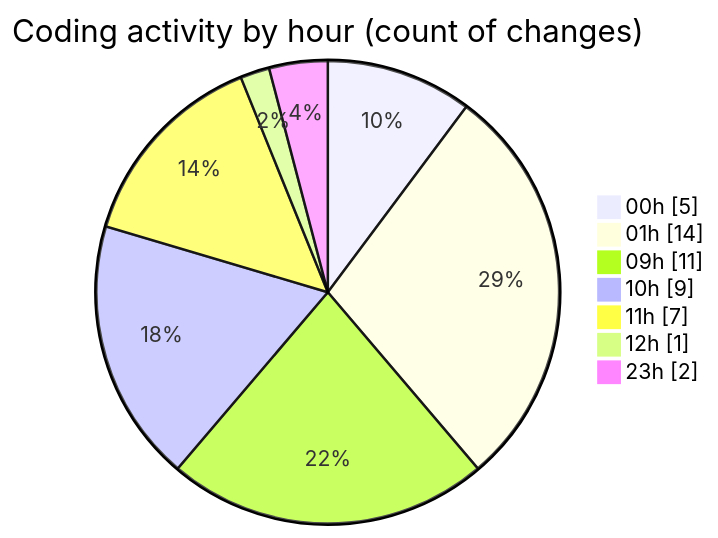
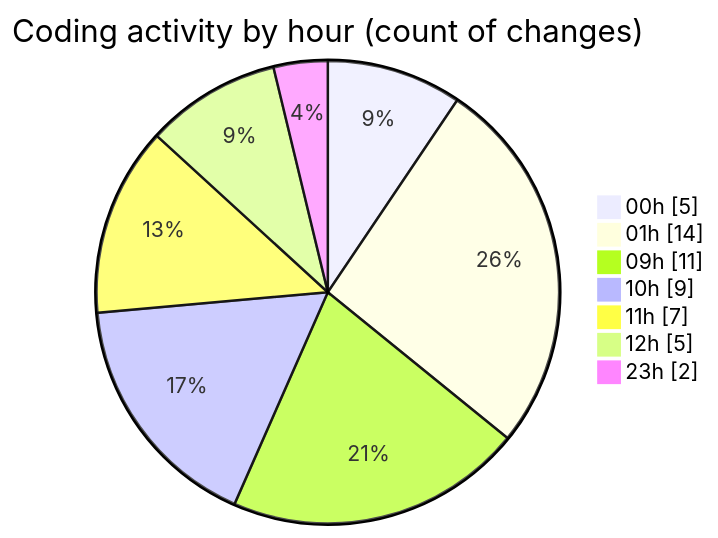
The second of 2 diagrams in 2025-11-26/eventscop-frontend-guide__workspace_/README.md (julien-gomy/code-tracking), drawn with Mermaid before and after one commit. The commit also changed other lines of this file and 1 other file, not shown here.

````diff
--- a/2025-11-26/eventscop-frontend-guide__workspace_/README.md
+++ b/2025-11-26/eventscop-frontend-guide__workspace_/README.md
@@ -42,11 +43,11 @@
 ```mermaid
 pie showData
 title Coding activity by hour (count of changes)
 "00h" : 5
 "01h" : 14
 "09h" : 11
 "10h" : 9
 "11h" : 7
-"12h" : 1
+"12h" : 5
 "23h" : 2
 ```
````
